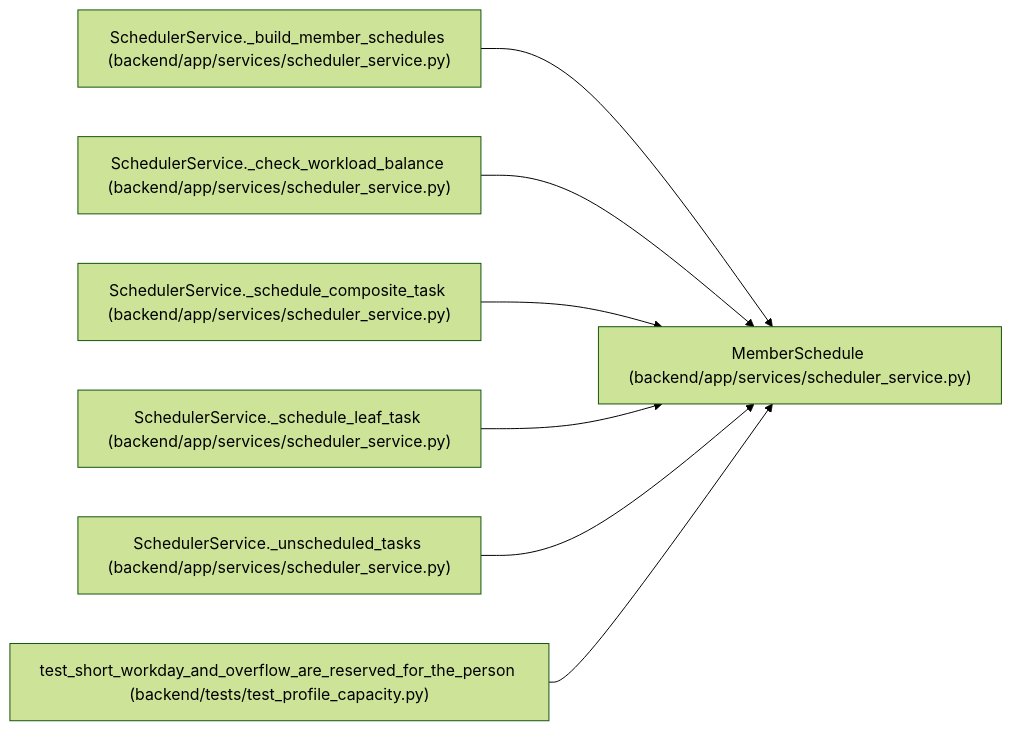
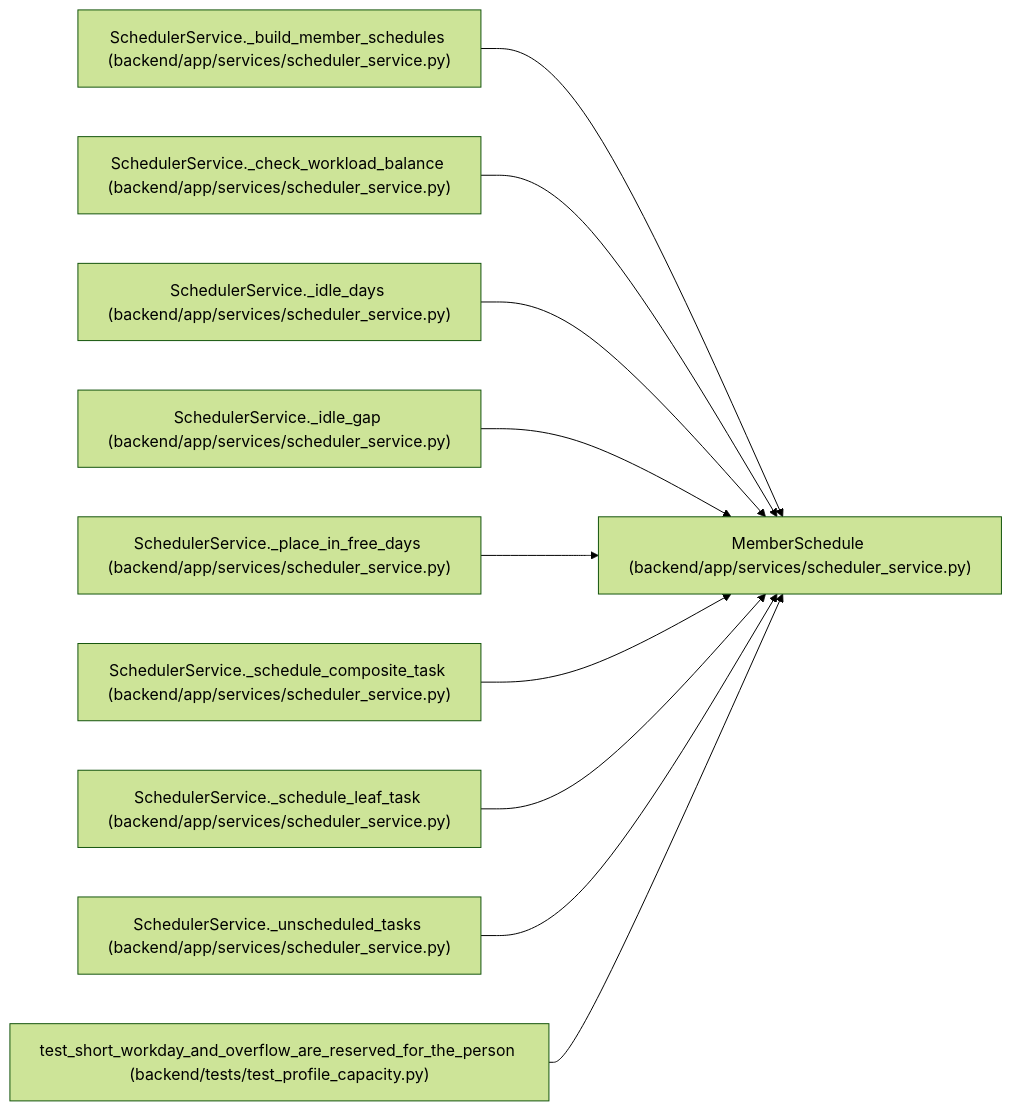
Before and after one commit to Denissvgn/WorkChord: the diagram in docs/llm_wiki/entities/MemberSchedule.md, drawn with Mermaid (forest theme). The commit also changed other lines of this file and 648 other files, not shown here.

Commit message:
Sync the architectural wiki for using an assignee's free days

````diff
--- a/docs/llm_wiki/entities/MemberSchedule.md
+++ b/docs/llm_wiki/entities/MemberSchedule.md
@@ -58,23 +61,32 @@
 ```mermaid
 flowchart LR
     n0["MemberSchedule (backend/app/services/scheduler_service.py)"]
     n1["SchedulerService._build_member_schedules (backend/app/services/scheduler_service.py)"]
     n2["SchedulerService._check_workload_balance (backend/app/services/scheduler_service.py)"]
-    n3["SchedulerService._schedule_composite_task (backend/app/services/scheduler_service.py)"]
-    n4["SchedulerService._schedule_leaf_task (backend/app/services/scheduler_service.py)"]
-    n5["SchedulerService._unscheduled_tasks (backend/app/services/scheduler_service.py)"]
-    n6["test_short_workday_and_overflow_are_reserved_for_the_person (backend/tests/test_profile_capacity.py)"]
+    n3["SchedulerService._idle_days (backend/app/services/scheduler_service.py)"]
+    n4["SchedulerService._idle_gap (backend/app/services/scheduler_service.py)"]
+    n5["SchedulerService._place_in_free_days (backend/app/services/scheduler_service.py)"]
+    n6["SchedulerService._schedule_composite_task (backend/app/services/scheduler_service.py)"]
+    n7["SchedulerService._schedule_leaf_task (backend/app/services/scheduler_service.py)"]
+    n8["SchedulerService._unscheduled_tasks (backend/app/services/scheduler_service.py)"]
+    n9["test_short_workday_and_overflow_are_reserved_for_the_person (backend/tests/test_profile_capacity.py)"]
     n1 --> n0
     n2 --> n0
     n3 --> n0
     n4 --> n0
     n5 --> n0
     n6 --> n0
+    n7 --> n0
+    n8 --> n0
+    n9 --> n0
     click n0 "../modules/scheduler_service.md"
     click n1 "../modules/scheduler_service.md"
     click n2 "../modules/scheduler_service.md"
     click n3 "../modules/scheduler_service.md"
     click n4 "../modules/scheduler_service.md"
     click n5 "../modules/scheduler_service.md"
-    click n6 "../modules/test_profile_capacity.md"
+    click n6 "../modules/scheduler_service.md"
+    click n7 "../modules/scheduler_service.md"
+    click n8 "../modules/scheduler_service.md"
+    click n9 "../modules/test_profile_capacity.md"
 ```
````
